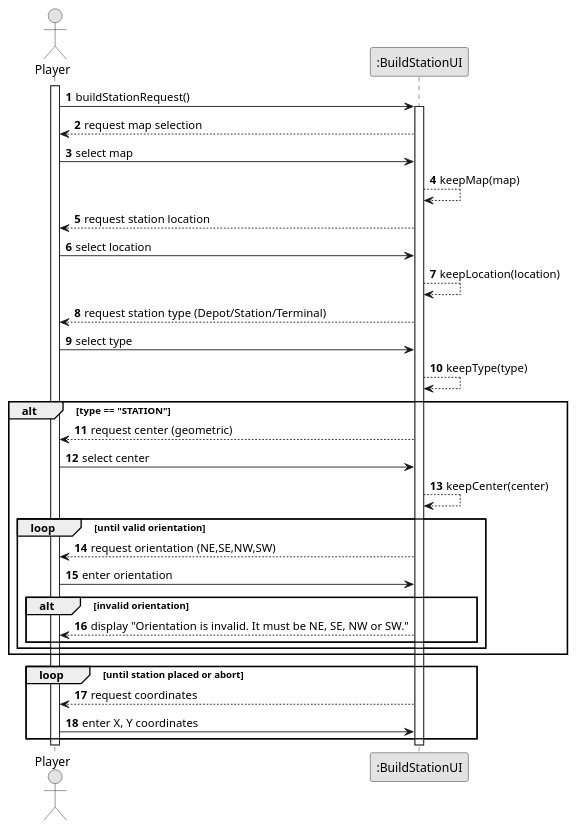
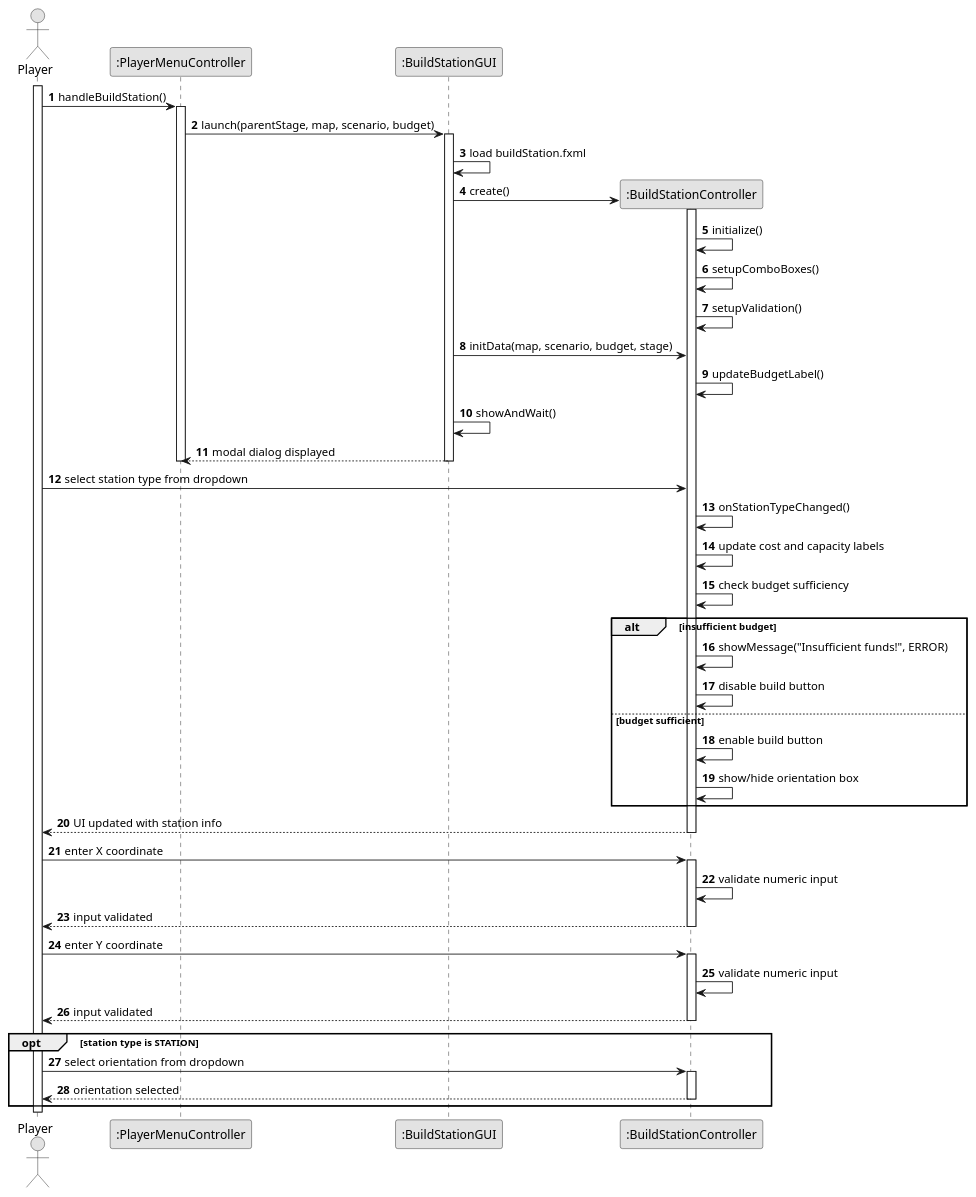
One commit to goncalolopesp/sem2-pi-24.25-g093-repo changed the diagram in docs/system-documentation/US005/03.design/puml/US005-SD-getInput.puml. Above: the diagram before and after it, drawn with PlantUML. The commit also changed 9 other files, not shown here.

```diff
--- a/docs/system-documentation/US005/03.design/puml/US005-SD-getInput.puml
+++ b/docs/system-documentation/US005/03.design/puml/US005-SD-getInput.puml
@@ -1,48 +1,71 @@
 @startuml US005-SD-getInput
 skinparam monochrome true
 skinparam packageStyle rectangle
 skinparam shadowing false
 
 autonumber
 
 actor "Player" as Player
-participant ":BuildStationUI" as BuildStationUI
+participant ":PlayerMenuController" as PlayerMenuController
+participant ":BuildStationGUI" as BuildStationGUI
+participant ":BuildStationController" as BuildStationController
 
 activate Player
-Player -> BuildStationUI : buildStationRequest()
-activate BuildStationUI
-BuildStationUI --> Player : request map selection
 
-Player -> BuildStationUI : select map
-BuildStationUI --> BuildStationUI : keepMap(map)
+Player -> PlayerMenuController : handleBuildStation()
+activate PlayerMenuController
+PlayerMenuController -> BuildStationGUI : launch(parentStage, map, scenario, budget)
+activate BuildStationGUI
 
-BuildStationUI --> Player : request station location
-Player -> BuildStationUI : select location
-BuildStationUI --> BuildStationUI : keepLocation(location)
+BuildStationGUI -> BuildStationGUI : load buildStation.fxml
+create BuildStationController
+BuildStationGUI -> BuildStationController : create()
+activate BuildStationController
 
-BuildStationUI --> Player : request station type (Depot/Station/Terminal)
-Player -> BuildStationUI : select type
-BuildStationUI --> BuildStationUI : keepType(type)
+BuildStationController -> BuildStationController : initialize()
+BuildStationController -> BuildStationController : setupComboBoxes()
+BuildStationController -> BuildStationController : setupValidation()
 
-alt type == "STATION"
-  BuildStationUI --> Player : request center (geometric)
-  Player -> BuildStationUI : select center
-  BuildStationUI --> BuildStationUI : keepCenter(center)
+BuildStationGUI -> BuildStationController : initData(map, scenario, budget, stage)
+BuildStationController -> BuildStationController : updateBudgetLabel()
 
-  loop until valid orientation
-    BuildStationUI --> Player : request orientation (NE,SE,NW,SW)
-    Player -> BuildStationUI : enter orientation
-    alt invalid orientation
-      BuildStationUI --> Player : display "Orientation is invalid. It must be NE, SE, NW or SW."
-    end
-  end
+BuildStationGUI -> BuildStationGUI : showAndWait()
+BuildStationGUI --> PlayerMenuController : modal dialog displayed
+deactivate BuildStationGUI
+deactivate PlayerMenuController
+
+Player -> BuildStationController : select station type from dropdown
+BuildStationController -> BuildStationController : onStationTypeChanged()
+BuildStationController -> BuildStationController : update cost and capacity labels
+BuildStationController -> BuildStationController : check budget sufficiency
+alt insufficient budget
+    BuildStationController -> BuildStationController : showMessage("Insufficient funds!", ERROR)
+    BuildStationController -> BuildStationController : disable build button
+else budget sufficient
+    BuildStationController -> BuildStationController : enable build button
+    BuildStationController -> BuildStationController : show/hide orientation box
+end
+BuildStationController --> Player : UI updated with station info
+deactivate BuildStationController
+
+Player -> BuildStationController : enter X coordinate
+activate BuildStationController
+BuildStationController -> BuildStationController : validate numeric input
+BuildStationController --> Player : input validated
+deactivate BuildStationController
+
+Player -> BuildStationController : enter Y coordinate
+activate BuildStationController
+BuildStationController -> BuildStationController : validate numeric input
+BuildStationController --> Player : input validated
+deactivate BuildStationController
+
+opt station type is STATION
+    Player -> BuildStationController : select orientation from dropdown
+    activate BuildStationController
+    BuildStationController --> Player : orientation selected
+    deactivate BuildStationController
 end
 
-loop until station placed or abort
-  BuildStationUI --> Player : request coordinates
-  Player -> BuildStationUI : enter X, Y coordinates
-end
-
-deactivate BuildStationUI
 deactivate Player
 @enduml
```
